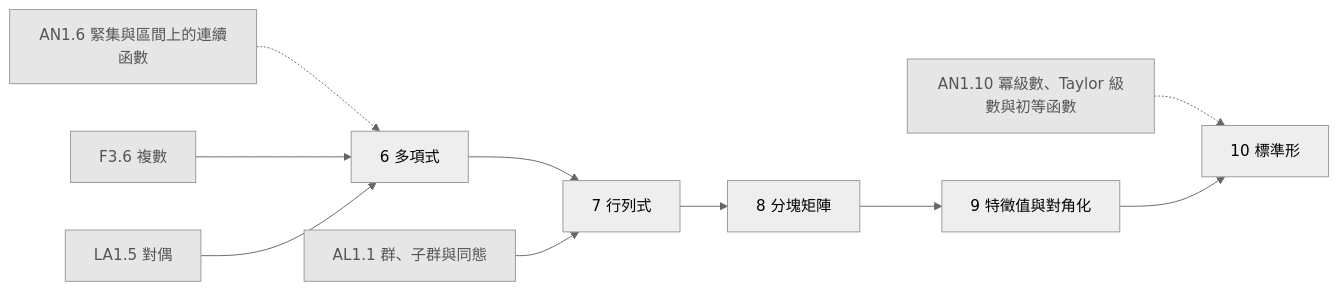
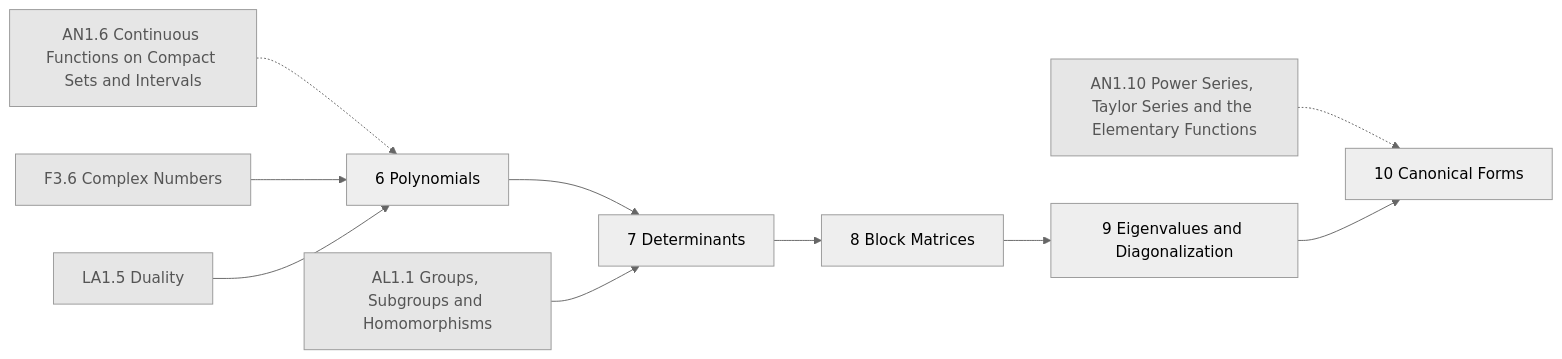
One commit to AkizumiFox/math-atlas changed the eighth of 26 diagrams in generated/README.md. Above: the diagram before and after it, drawn with Mermaid (neutral theme). The commit also changed other lines of this file and 36 other files, not shown here.

````diff
--- a/generated/README.md
+++ b/generated/README.md
@@ -234,25 +233,25 @@
 ```mermaid
 flowchart LR
-  AN1_6["AN1.6 緊集與區間上的連續函數"]:::ext
-  AN1_10["AN1.10 冪級數、Taylor 級數與初等函數"]:::ext
-  F3_6["F3.6 複數"]:::ext
-  LA1_5["LA1.5 對偶"]:::ext
-  AL1_1["AL1.1 群、子群與同態"]:::ext
-  LA2_6["6 多項式"]
-  LA2_7["7 行列式"]
-  LA2_8["8 分塊矩陣"]
-  LA2_9["9 特徵值與對角化"]
-  LA2_10["10 標準形"]
+  AN1_6["AN1.6 Continuous Functions on Compact Sets and Intervals"]:::ext
+  AN1_10["AN1.10 Power Series, Taylor Series and the Elementary Functions"]:::ext
+  F3_6["F3.6 Complex Numbers"]:::ext
+  LA1_5["LA1.5 Duality"]:::ext
+  AL1_1["AL1.1 Groups, Subgroups and Homomorphisms"]:::ext
+  LA2_6["6 Polynomials"]
+  LA2_7["7 Determinants"]
+  LA2_8["8 Block Matrices"]
+  LA2_9["9 Eigenvalues and Diagonalization"]
+  LA2_10["10 Canonical Forms"]
   AN1_6 -.-> LA2_6
   F3_6 --> LA2_6
   LA1_5 --> LA2_6
   LA2_6 --> LA2_7
   AL1_1 --> LA2_7
   LA2_7 --> LA2_8
   LA2_8 --> LA2_9
   AN1_10 -.-> LA2_10
   LA2_9 --> LA2_10
   classDef ext fill:#e6e6e6,stroke:#999,color:#555
   classDef opt fill:#fff,stroke:#999,stroke-dasharray:4 3,color:#555
   classDef segb fill:#f6f6fb,stroke:#99a,color:#333
 ```
````
